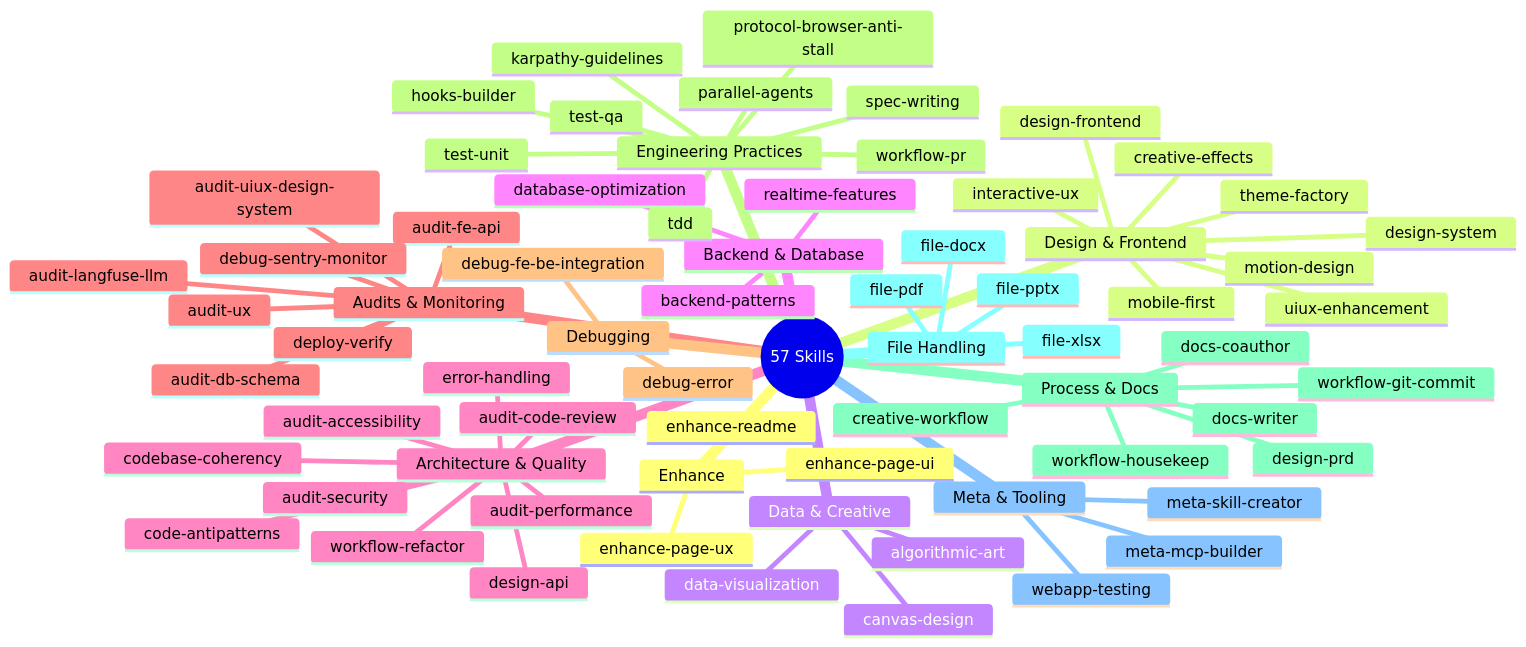
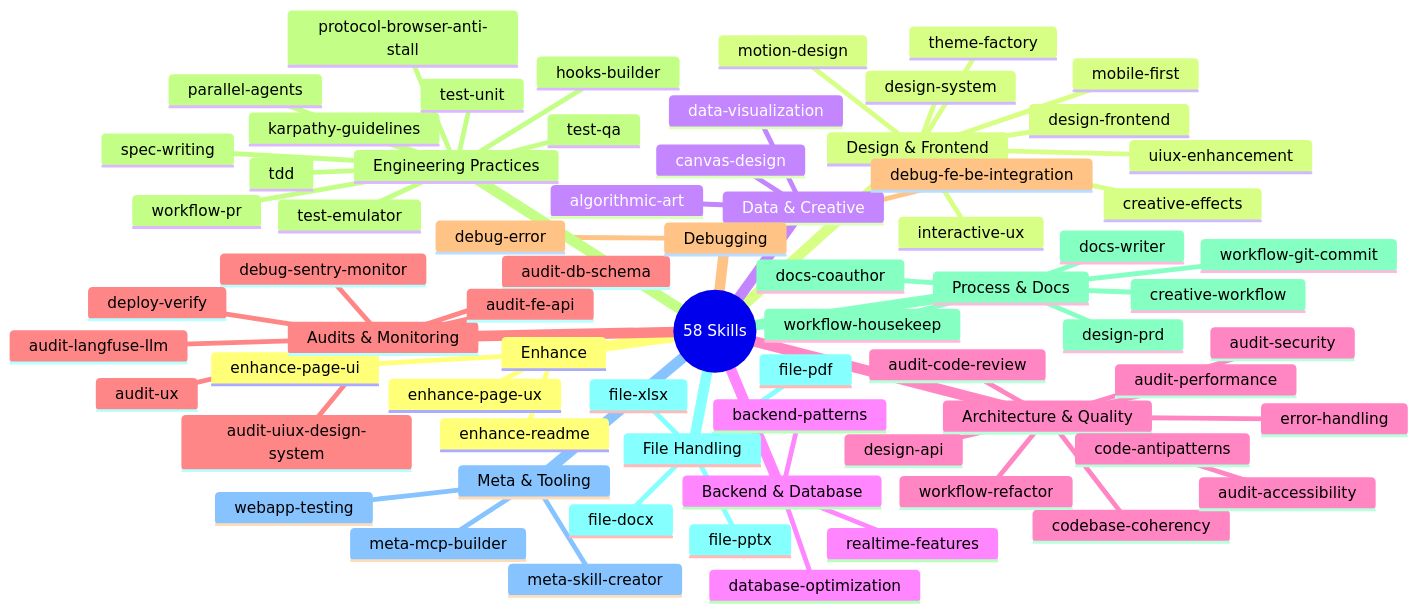
Before and after one commit to kensaurus/cursor-kenji: the seventh of 12 diagrams in README.md, drawn with Mermaid. The commit also changed other lines of this file and 1 other file, not shown here.

First line of the commit message:
feat(skills): add test-emulator for native build QA on Android emulator

````diff
--- a/README.md
+++ b/README.md
@@ -475,72 +476,73 @@
 ```mermaid
 mindmap
-  root((57 Skills))
+  root((58 Skills))
     Enhance
       enhance-page-ui
       enhance-page-ux
       enhance-readme
     Design & Frontend
       design-frontend
       design-system
       motion-design
       creative-effects
       uiux-enhancement
       interactive-ux
       mobile-first
       theme-factory
     Data & Creative
       data-visualization
       algorithmic-art
       canvas-design
     Backend & Database
       backend-patterns
       database-optimization
       realtime-features
     Architecture & Quality
       design-api
       error-handling
       code-antipatterns
       audit-code-review
       codebase-coherency
       workflow-refactor
       audit-performance
       audit-security
       audit-accessibility
     Audits & Monitoring
       audit-db-schema
       audit-fe-api
       audit-langfuse-llm
       audit-uiux-design-system
       audit-ux
       debug-sentry-monitor
       deploy-verify
     Debugging
       debug-error
       debug-fe-be-integration
     Engineering Practices
       tdd
       spec-writing
       parallel-agents
       hooks-builder
       karpathy-guidelines
       test-unit
       test-qa
+      test-emulator
       workflow-pr
       protocol-browser-anti-stall
     Process & Docs
       workflow-git-commit
       docs-coauthor
       docs-writer
       design-prd
       creative-workflow
       workflow-housekeep
     File Handling
       file-docx
       file-pdf
       file-pptx
       file-xlsx
     Meta & Tooling
       meta-skill-creator
       meta-mcp-builder
       webapp-testing
 ```
````
